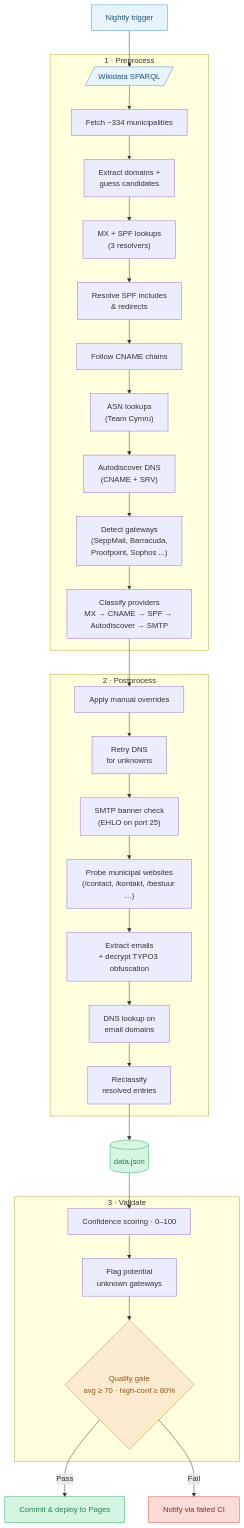
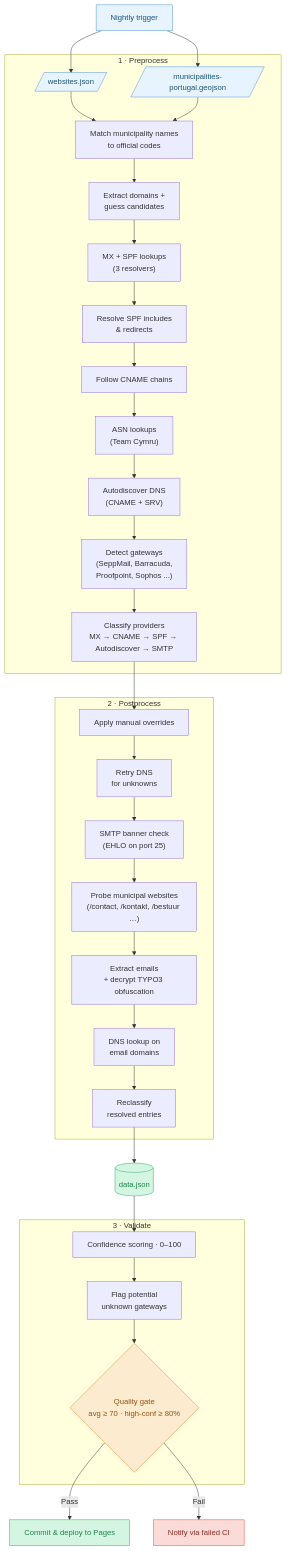
The diagram in README.md (joaonunovalente/mxmap), drawn with Mermaid before and after one commit. The commit also changed other lines of this file and 3 other files, not shown here.

````diff
--- a/README.md
+++ b/README.md
@@ -20,45 +22,48 @@
 ```mermaid
 flowchart TD
-    trigger["Nightly trigger"] --> wikidata
+    trigger["Nightly trigger"] --> websites
+    trigger --> boundaries
 
     subgraph pre ["1 · Preprocess"]
-        wikidata[/"Wikidata SPARQL"/] --> fetch["Fetch ~334 municipalities"]
-        fetch --> domains["Extract domains +<br/>guess candidates"]
+        websites[/"websites.json"/] --> match["Match municipality names<br/>to official codes"]
+        boundaries[/"municipalities-portugal.geojson"/] --> match
+        match --> domains["Extract domains +<br/>guess candidates"]
         domains --> dns["MX + SPF lookups<br/>(3 resolvers)"]
         dns --> spf_resolve["Resolve SPF includes<br/>& redirects"]
         spf_resolve --> cname["Follow CNAME chains"]
         cname --> asn["ASN lookups<br/>(Team Cymru)"]
         asn --> autodiscover["Autodiscover DNS<br/>(CNAME + SRV)"]
         autodiscover --> gateway["Detect gateways<br/>(SeppMail, Barracuda,<br/>Proofpoint, Sophos ...)"]
         gateway --> classify["Classify providers<br/>MX → CNAME → SPF → Autodiscover → SMTP"]
     end
 
     classify --> overrides
 
     subgraph post ["2 · Postprocess"]
         overrides["Apply manual overrides"] --> retry["Retry DNS<br/>for unknowns"]
         retry --> smtp["SMTP banner check<br/>(EHLO on port 25)"]
         smtp --> scrape_urls["Probe municipal websites<br/>(/contact, /kontakt, /bestuur …)"]
         scrape_urls --> extract["Extract emails<br/>+ decrypt TYPO3 obfuscation"]
         extract --> scrape_dns["DNS lookup on<br/>email domains"]
         scrape_dns --> reclassify["Reclassify<br/>resolved entries"]
     end
 
     reclassify --> data[("data.json")]
     data --> score
 
     subgraph val ["3 · Validate"]
         score["Confidence scoring · 0–100"] --> gwarn["Flag potential<br/>unknown gateways"]
         gwarn --> gate{"Quality gate<br/>avg ≥ 70 · high-conf ≥ 80%"}
     end
 
     gate -- "Pass" --> deploy["Commit & deploy to Pages"]
     gate -- "Fail" --> notify["Notify via failed CI"]
 
     style trigger fill:#e8f4fd,stroke:#4a90d9,color:#1a5276
-    style wikidata fill:#e8f4fd,stroke:#4a90d9,color:#1a5276
+    style websites fill:#e8f4fd,stroke:#4a90d9,color:#1a5276
+    style boundaries fill:#e8f4fd,stroke:#4a90d9,color:#1a5276
     style data fill:#d5f5e3,stroke:#27ae60,color:#1e8449
     style deploy fill:#d5f5e3,stroke:#27ae60,color:#1e8449
     style notify fill:#fadbd8,stroke:#e74c3c,color:#922b21
     style gate fill:#fdebd0,stroke:#e67e22,color:#935116
 ```
````
